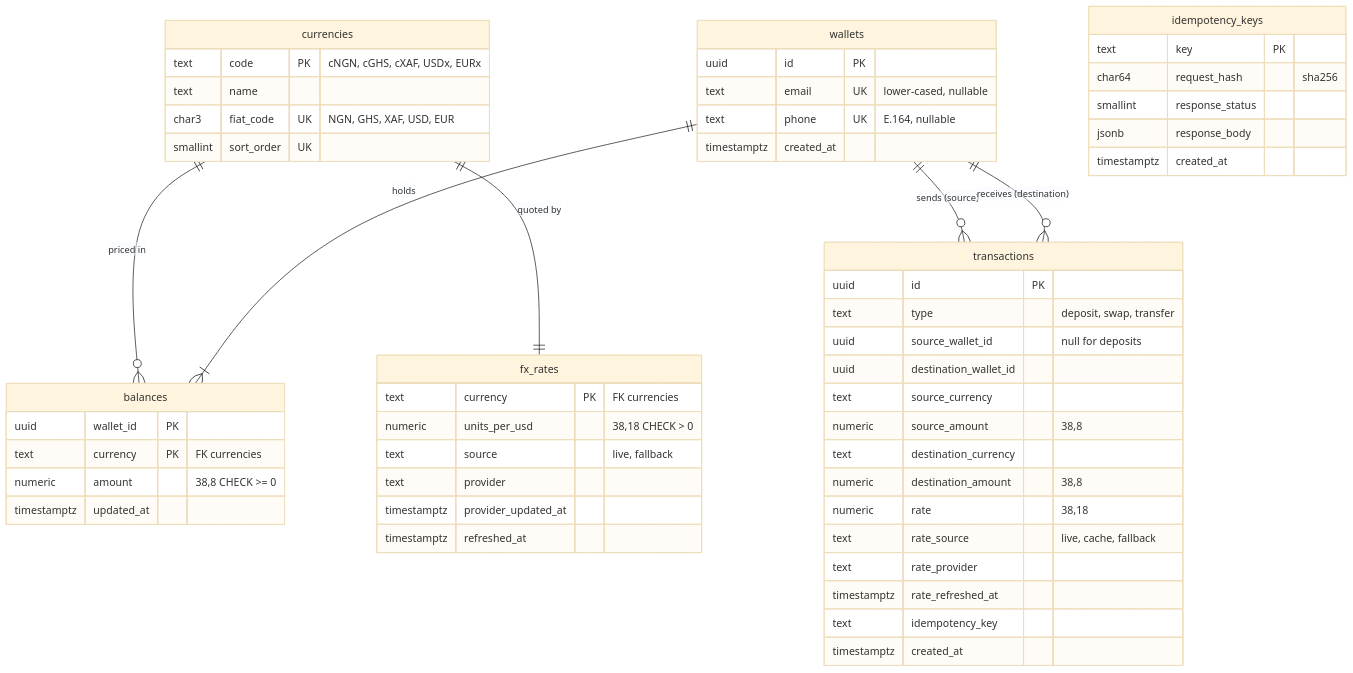
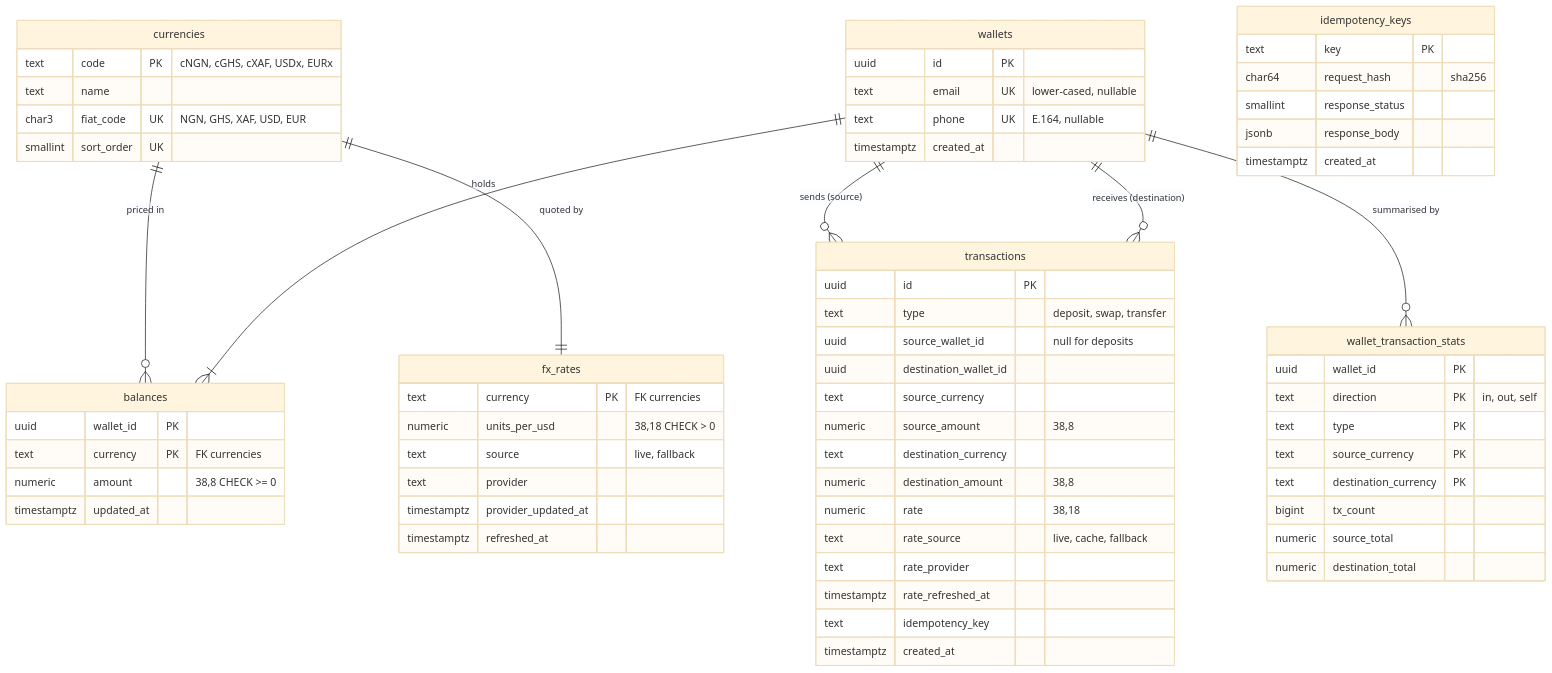
The diagram in README.md (akinbebijemicheal/pangea-fx), drawn with Mermaid (base theme) before and after one commit. The commit also changed other lines of this file and 15 other files, not shown here.

````diff
--- a/README.md
+++ b/README.md
@@ -414,58 +456,69 @@
 ```mermaid
 erDiagram
     currencies ||--o{ balances : "priced in"
     currencies ||--|| fx_rates : "quoted by"
     wallets ||--|{ balances : holds
     wallets ||--o{ transactions : "sends (source)"
     wallets ||--o{ transactions : "receives (destination)"
+    wallets ||--o{ wallet_transaction_stats : "summarised by"
 
     currencies {
         text code PK "cNGN, cGHS, cXAF, USDx, EURx"
         text name
         char3 fiat_code UK "NGN, GHS, XAF, USD, EUR"
         smallint sort_order UK
     }
     wallets {
         uuid id PK
         text email UK "lower-cased, nullable"
         text phone UK "E.164, nullable"
         timestamptz created_at
     }
     balances {
         uuid wallet_id PK
         text currency PK "FK currencies"
         numeric amount "38,8 CHECK >= 0"
         timestamptz updated_at
     }
     transactions {
         uuid id PK
         text type "deposit, swap, transfer"
         uuid source_wallet_id "null for deposits"
         uuid destination_wallet_id
         text source_currency
         numeric source_amount "38,8"
         text destination_currency
         numeric destination_amount "38,8"
         numeric rate "38,18"
         text rate_source "live, cache, fallback"
         text rate_provider
         timestamptz rate_refreshed_at
         text idempotency_key
         timestamptz created_at
     }
     fx_rates {
         text currency PK "FK currencies"
         numeric units_per_usd "38,18 CHECK > 0"
         text source "live, fallback"
         text provider
         timestamptz provider_updated_at
         timestamptz refreshed_at
     }
+    wallet_transaction_stats {
+        uuid wallet_id PK
+        text direction PK "in, out, self"
+        text type PK
+        text source_currency PK
+        text destination_currency PK
+        bigint tx_count
+        numeric source_total
+        numeric destination_total
+    }
     idempotency_keys {
         text key PK
         char64 request_hash "sha256"
         smallint response_status
         jsonb response_body
         timestamptz created_at
     }
 ```
````
